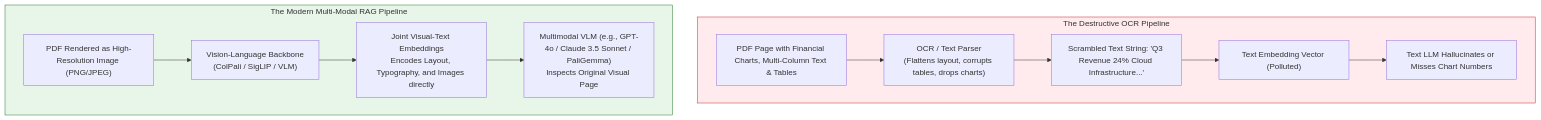
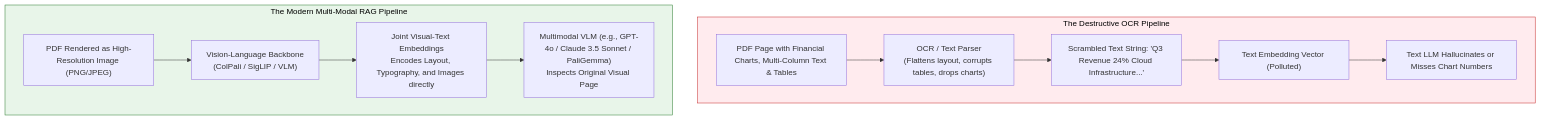
Before and after one commit to swapnil3104/RAG-Engineering: the first of 4 diagrams in 06-Advanced-RAG/Multi-Modal-RAG.md, drawn with Mermaid. The commit also changed other lines of this file and 108 other files, not shown here.

Commit message:
fix: make chart text visible across all Mermaid diagrams and resolve markdown table formatting issues

````diff
--- a/06-Advanced-RAG/Multi-Modal-RAG.md
+++ b/06-Advanced-RAG/Multi-Modal-RAG.md
@@ -28,18 +28,18 @@
 ```mermaid
 flowchart TD
     subgraph TraditionalTrap ["The Destructive OCR Pipeline"]
         RawPDF["PDF Page with Financial Charts, Multi-Column Text & Tables"] --> OCR["OCR / Text Parser<br/>(Flattens layout, corrupts tables, drops charts)"]
         OCR --> ScrambledText["Scrambled Text String: 'Q3 Revenue 24% Cloud Infrastructure...'"]
         ScrambledText --> BadEmbed["Text Embedding Vector (Polluted)"]
         BadEmbed --> LLM1["Text LLM Hallucinates or Misses Chart Numbers"]
     end
 
     subgraph MultiModalParadigm ["The Modern Multi-Modal RAG Pipeline"]
         PDFPage["PDF Rendered as High-Resolution Image (PNG/JPEG)"] --> VisionModel["Vision-Language Backbone<br/>(ColPali / SigLIP / VLM)"]
         VisionModel --> UnifiedVector["Joint Visual-Text Embeddings<br/>Encodes Layout, Typography, and Images directly"]
         UnifiedVector --> MultimodalVLM["Multimodal VLM (e.g., GPT-4o / Claude 3.5 Sonnet / PaliGemma)<br/>Inspects Original Visual Page"]
     end
 
-    style TraditionalTrap fill:#ffebee,stroke:#c62828,stroke-width:1px
-    style MultiModalParadigm fill:#e8f5e9,stroke:#2e7d32,stroke-width:1px
+    style TraditionalTrap fill:#ffebee,stroke:#c62828,stroke-width:1px,color:#000000
+    style MultiModalParadigm fill:#e8f5e9,stroke:#2e7d32,stroke-width:1px,color:#000000
 ```
````
